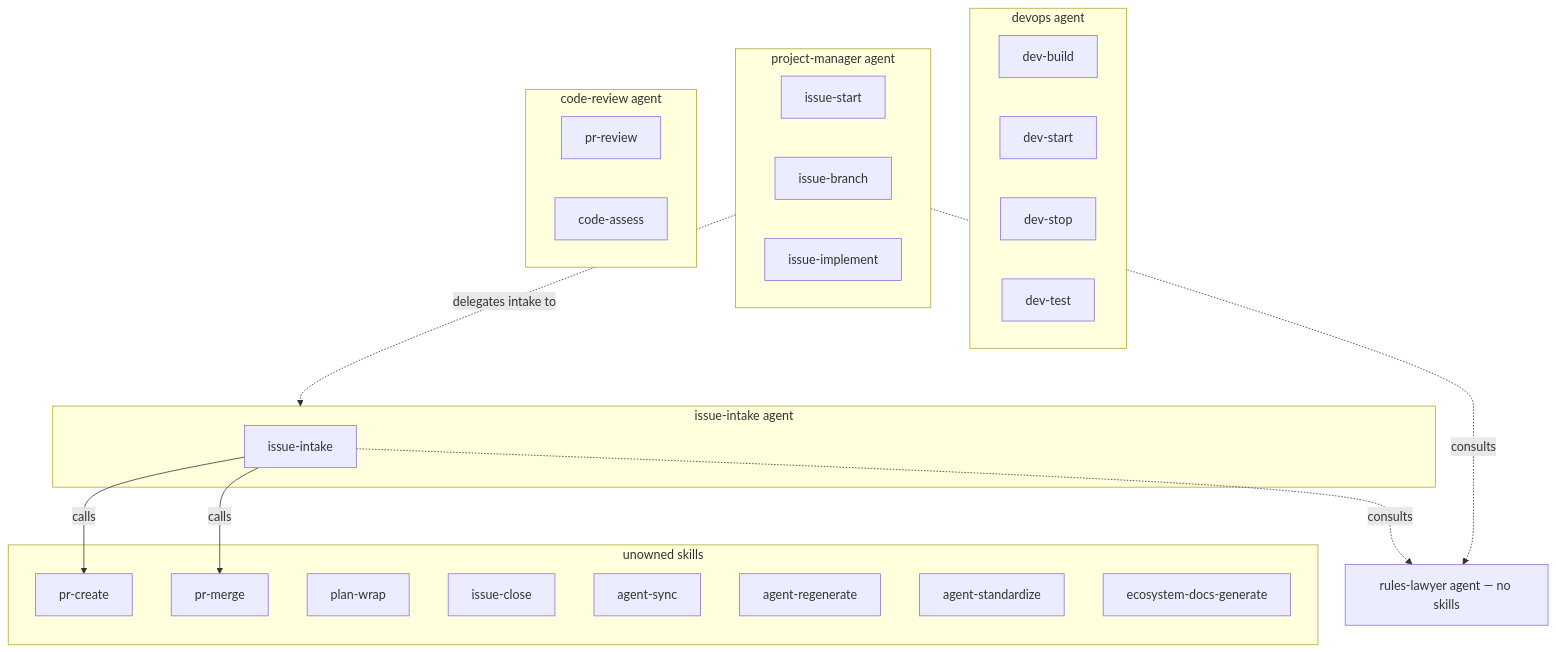
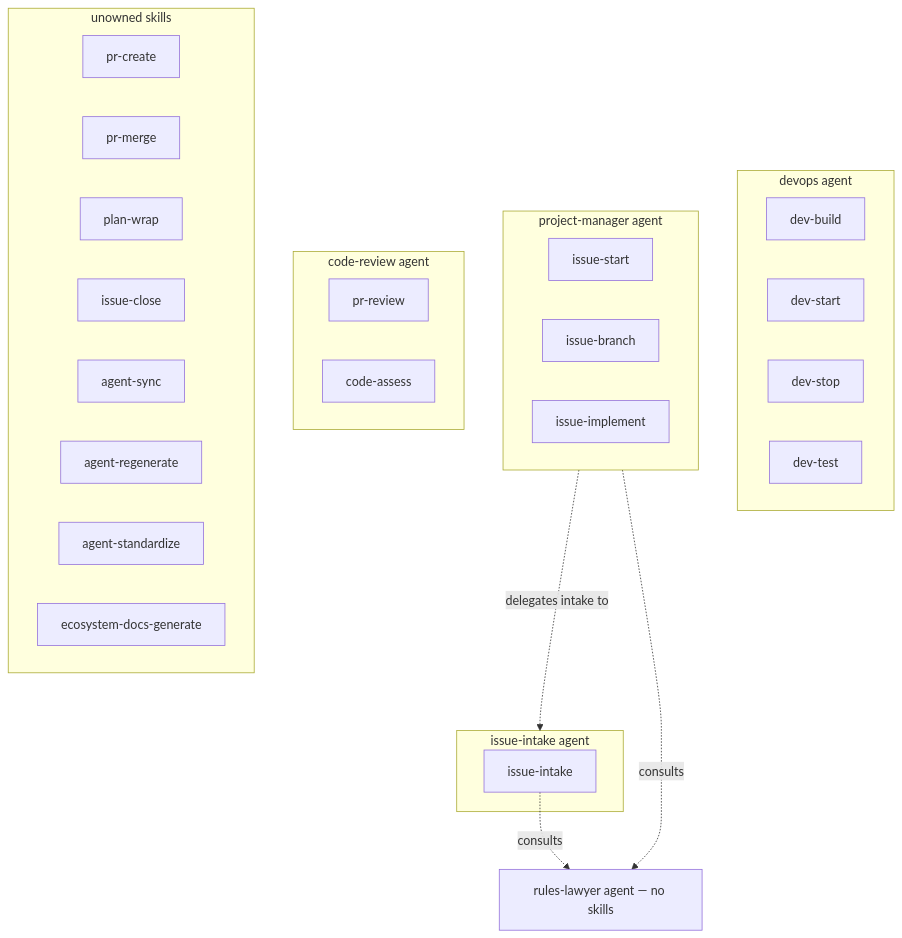
Before and after one commit to ashitaka-emishi/lob-online: the first of 2 diagrams in docs/claude-ecosystem/network-diagram.md, drawn with Mermaid. The commit also changed other lines of this file and 33 other files, not shown here.

First line of the commit message:
feat(#67): simplify issue-intake — remove artifact commit and branch lifecycle (#69)

````diff
--- a/docs/claude-ecosystem/network-diagram.md
+++ b/docs/claude-ecosystem/network-diagram.md
@@ -21,43 +21,41 @@
 ```mermaid
 graph TD
   subgraph devops[devops agent]
     dev-build
     dev-start
     dev-stop
     dev-test
   end
 
   subgraph pm[project-manager agent]
     issue-start
     issue-branch
     issue-implement
   end
 
   subgraph ii[issue-intake agent]
     issue-intake
   end
 
   subgraph cr[code-review agent]
     pr-review
     code-assess
   end
 
   rl[rules-lawyer agent — no skills]
 
   subgraph standalone[unowned skills]
     pr-create
     pr-merge
     plan-wrap
     issue-close
     agent-sync
     agent-regenerate
     agent-standardize
     ecosystem-docs-generate
   end
 
   issue-intake -.->|consults| rl
-  issue-intake -->|calls| pr-create
-  issue-intake -->|calls| pr-merge
   pm -.->|delegates intake to| ii
   pm -.->|consults| rl
 ```
````
